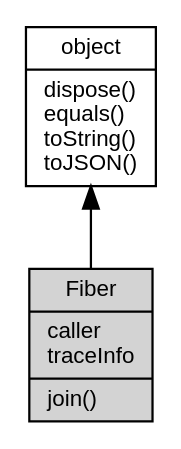
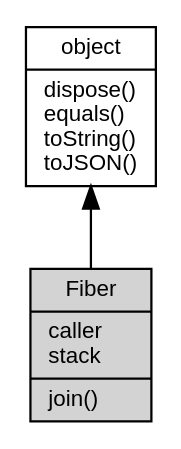
One commit to fibjs/fibjs.org changed the diagram in docs/manual/object/ifs/Fiber.md. Above: the diagram before and after it, drawn with Graphviz. The commit also changed other lines of this file and 198 other files, not shown here.

````diff
--- a/docs/manual/object/ifs/Fiber.md
+++ b/docs/manual/object/ifs/Fiber.md
@@ -48,10 +48,10 @@
 ```dot
 digraph {
     node [fontname="Helvetica,sans-Serif", fontsize=10, shape="record", style="filled", fillcolor="white"];
 
     object [tooltip="object", URL="object.md", label="{object|dispose()\lequals()\ltoString()\ltoJSON()\l}"];
-    Fiber [tooltip="Fiber", fillcolor="lightgray", label="{Fiber|caller\ltraceInfo\l|join()\l}"];
+    Fiber [tooltip="Fiber", fillcolor="lightgray", label="{Fiber|caller\lstack\l|join()\l}"];
 
     object -> Fiber [dir=back];
 }
 ```
````
